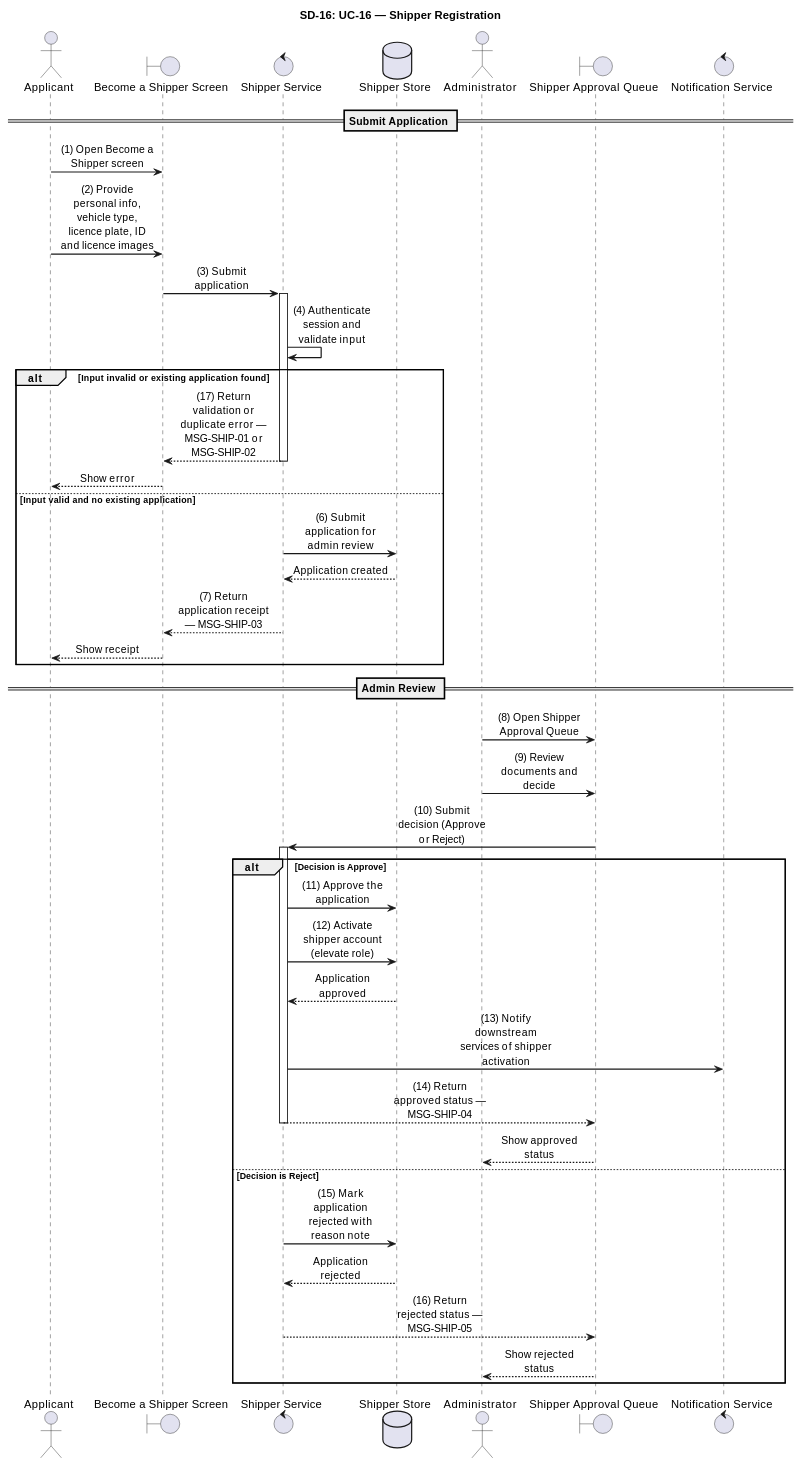
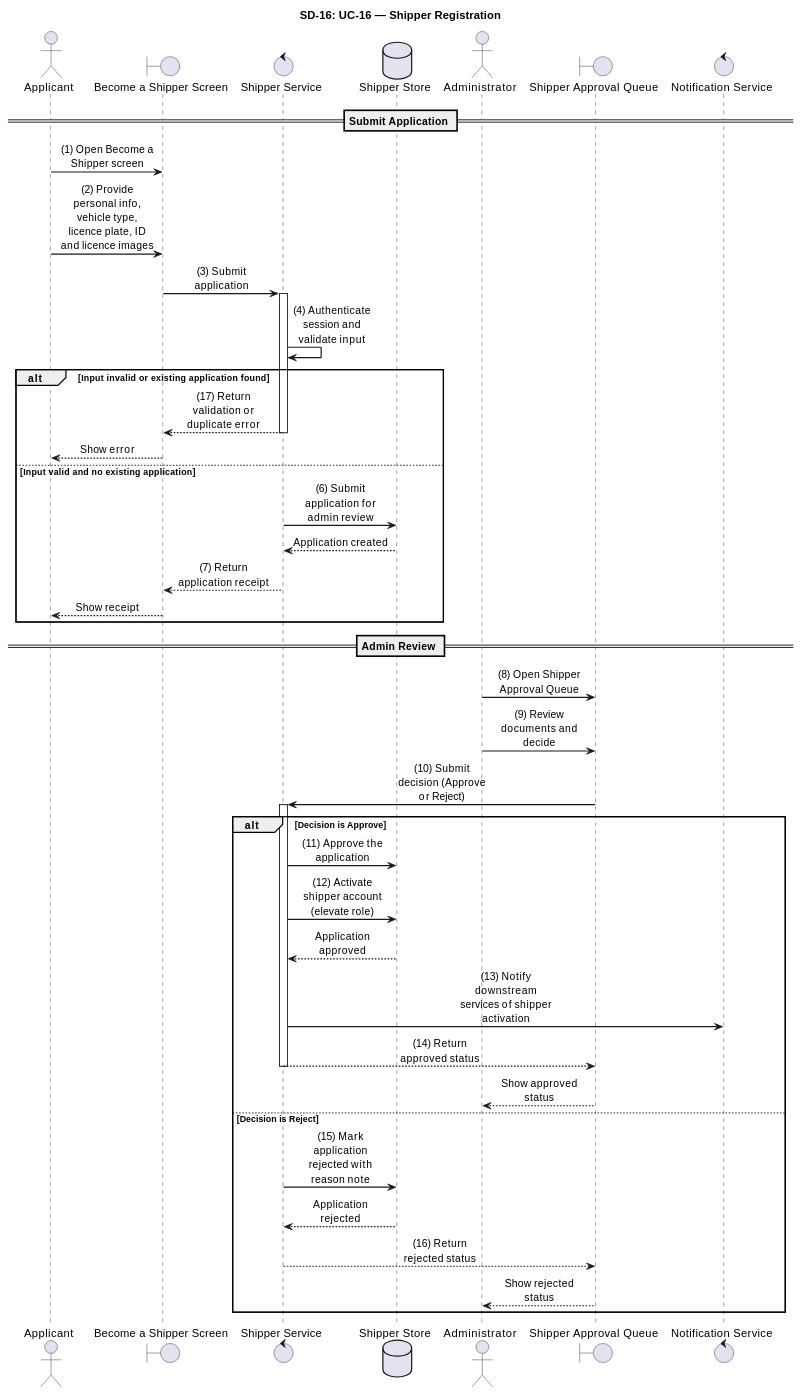
One commit to luubinhdeptrai/Food_Delivery changed diagram 16 of 35 in apps/api/docs/Final_Documents/SRS_SequenceDiagrams.md. Above: the diagram before and after it, drawn with PlantUML. The commit also changed other lines of this file, not shown here.

Commit message:
complete sequence diagram

````diff
--- a/apps/api/docs/Final_Documents/SRS_SequenceDiagrams.md
+++ b/apps/api/docs/Final_Documents/SRS_SequenceDiagrams.md
@@ -1305,69 +1314,69 @@
 ```plantuml
 @startuml SD-16_ShipperRegistration
 
 skinparam shadowing false
 skinparam sequenceMessageAlign center
 skinparam responseMessageBelowArrow true
 skinparam maxMessageSize 120
 skinparam sequenceArrowThickness 1.5
 skinparam ParticipantPadding 20
 skinparam BoxPadding 10
 
 title SD-16: UC-16 — Shipper Registration
 
 actor "Applicant" as Applicant
 boundary "Become a Shipper Screen" as UI
 control "Shipper Service" as ShipperSvc
 database "Shipper Store" as ShipperDB
 actor "Administrator" as Admin
 boundary "Shipper Approval Queue" as AdminUI
 control "Notification Service" as NotifSvc
 
 autonumber stop
 
 == Submit Application ==
 
 Applicant -> UI : (1) Open Become a Shipper screen
 Applicant -> UI : (2) Provide personal info, vehicle type, licence plate, ID and licence images
 UI -> ShipperSvc : (3) Submit application
 activate ShipperSvc
 
 ShipperSvc -> ShipperSvc : (4) Authenticate session and validate input
 
 alt Input invalid or existing application found
-    ShipperSvc --> UI : (17) Return validation or duplicate error — MSG-SHIP-01 or MSG-SHIP-02
+    ShipperSvc --> UI : (17) Return validation or duplicate error
     deactivate ShipperSvc
     UI --> Applicant : Show error
 else Input valid and no existing application
     ShipperSvc -> ShipperDB : (6) Submit application for admin review
     ShipperDB --> ShipperSvc : Application created
-    ShipperSvc --> UI : (7) Return application receipt — MSG-SHIP-03
+    ShipperSvc --> UI : (7) Return application receipt
     deactivate ShipperSvc
     UI --> Applicant : Show receipt
 end
 
 == Admin Review ==
 
 Admin -> AdminUI : (8) Open Shipper Approval Queue
 Admin -> AdminUI : (9) Review documents and decide
 AdminUI -> ShipperSvc : (10) Submit decision (Approve or Reject)
 activate ShipperSvc
 
 alt Decision is Approve
     ShipperSvc -> ShipperDB : (11) Approve the application
     ShipperSvc -> ShipperDB : (12) Activate shipper account (elevate role)
     ShipperDB --> ShipperSvc : Application approved
     ShipperSvc -> NotifSvc : (13) Notify downstream services of shipper activation
-    ShipperSvc --> AdminUI : (14) Return approved status — MSG-SHIP-04
+    ShipperSvc --> AdminUI : (14) Return approved status
     deactivate ShipperSvc
     AdminUI --> Admin : Show approved status
 else Decision is Reject
     ShipperSvc -> ShipperDB : (15) Mark application rejected with reason note
     ShipperDB --> ShipperSvc : Application rejected
-    ShipperSvc --> AdminUI : (16) Return rejected status — MSG-SHIP-05
+    ShipperSvc --> AdminUI : (16) Return rejected status
     deactivate ShipperSvc
     AdminUI --> Admin : Show rejected status
 end
 
 @enduml
 ```
````
